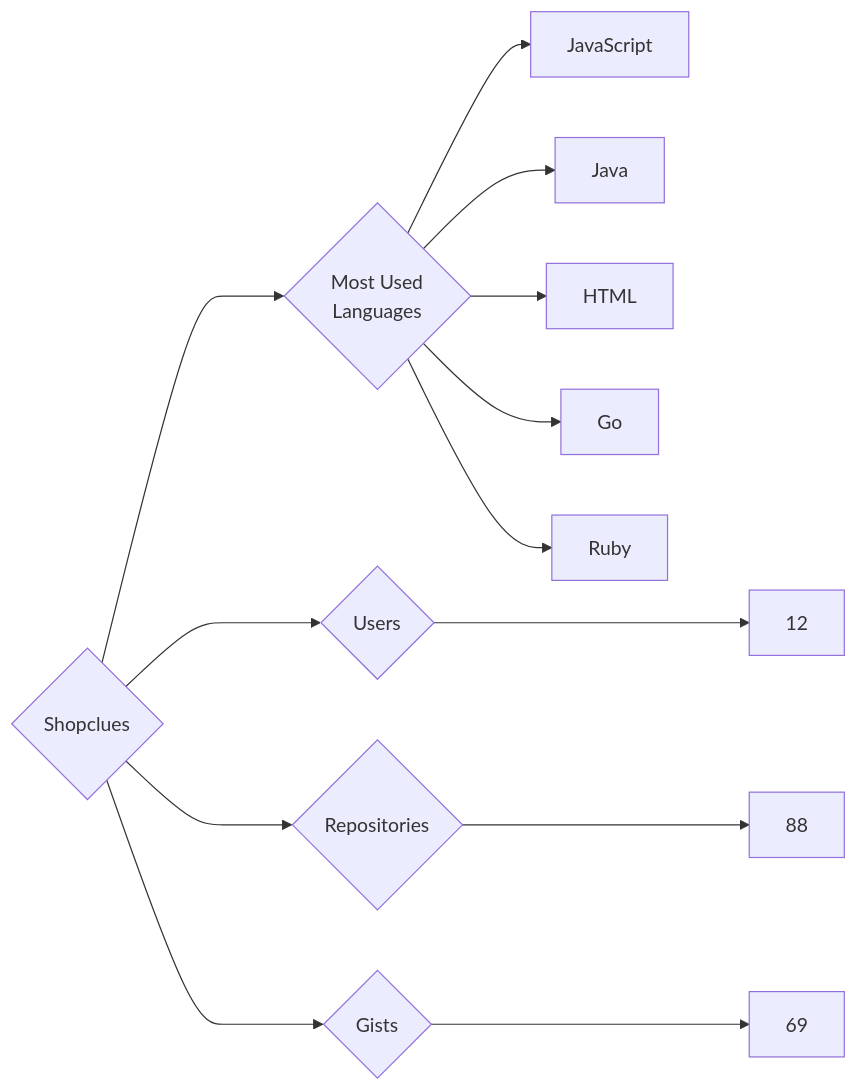
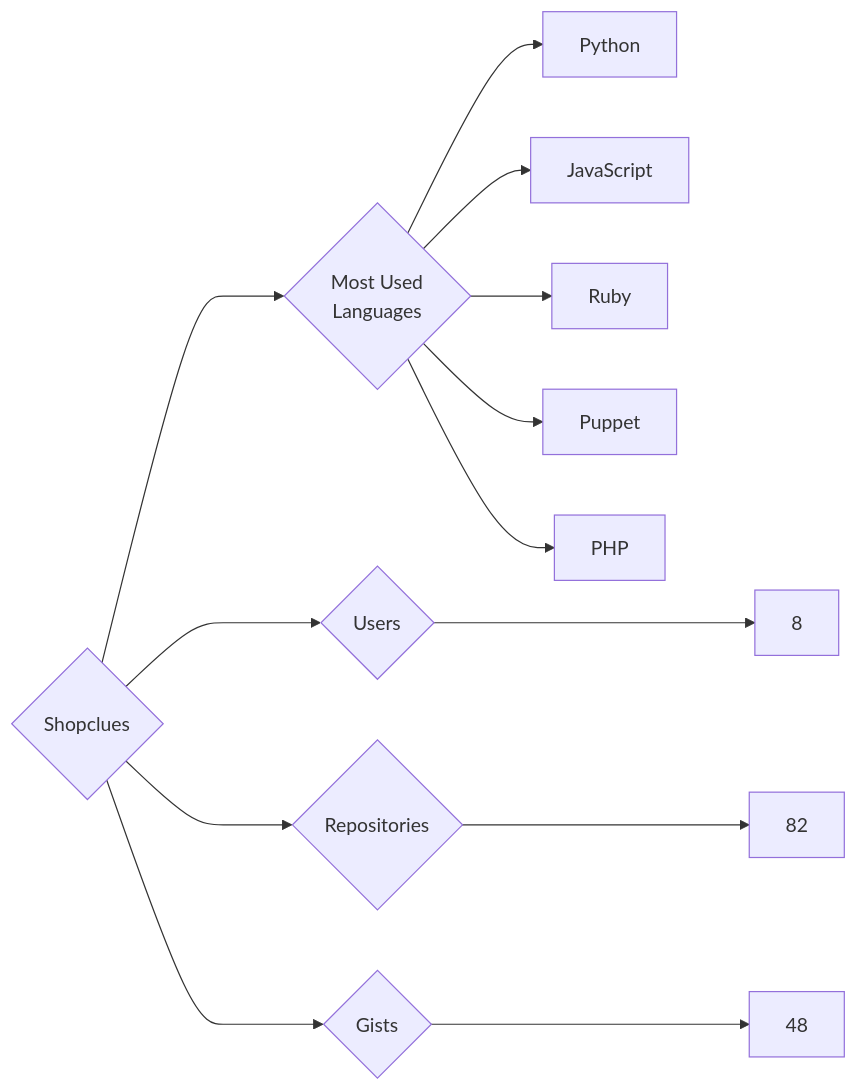
The diagram in targets/Shopclues/README.md (trickest/insiders), drawn with Mermaid before and after one commit. The commit also changed 833 other files, not shown here.

````diff
--- a/targets/Shopclues/README.md
+++ b/targets/Shopclues/README.md
@@ -3,13 +3,13 @@
 ```mermaid
 graph LR
 COMPANY_NAME{Shopclues}
-COMPANY_NAME ---> U{Users} ---> UN[12]
-COMPANY_NAME ---> R{Repositories} ---> RN[88]
-COMPANY_NAME ---> G{Gists} ---> GN[69]
+COMPANY_NAME ---> U{Users} ---> UN[8]
+COMPANY_NAME ---> R{Repositories} ---> RN[82]
+COMPANY_NAME ---> G{Gists} ---> GN[48]
 COMPANY_NAME ---> ML{Most Used<br>Languages}
+ML --> Python[Python]
 ML --> JavaScript[JavaScript]
-ML --> Java[Java]
-ML --> HTML[HTML]
-ML --> Go[Go]
 ML --> Ruby[Ruby]
+ML --> Puppet[Puppet]
+ML --> PHP[PHP]
 ```
````
